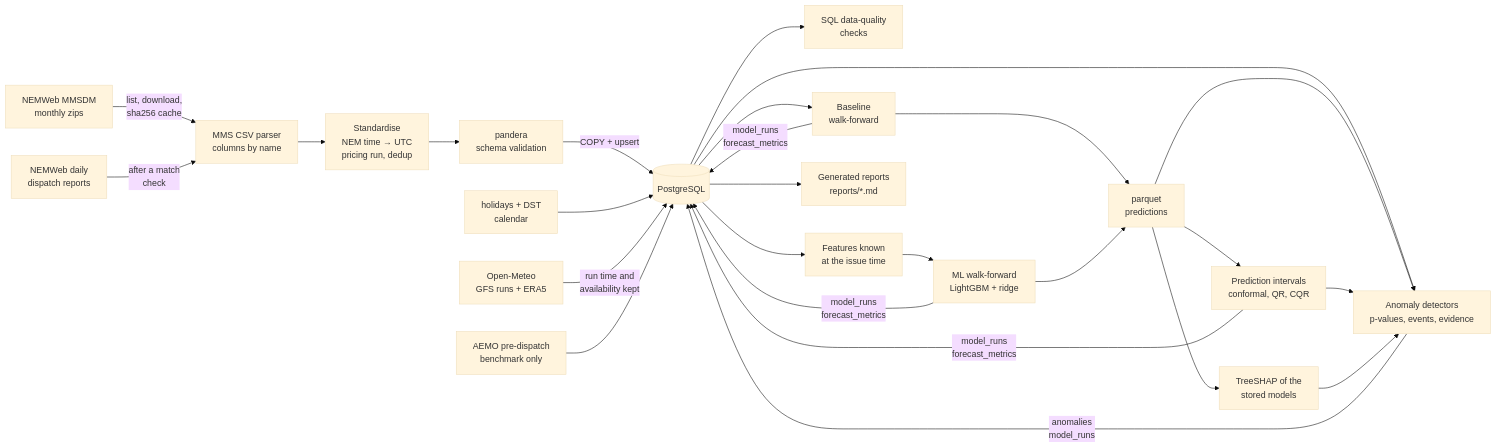
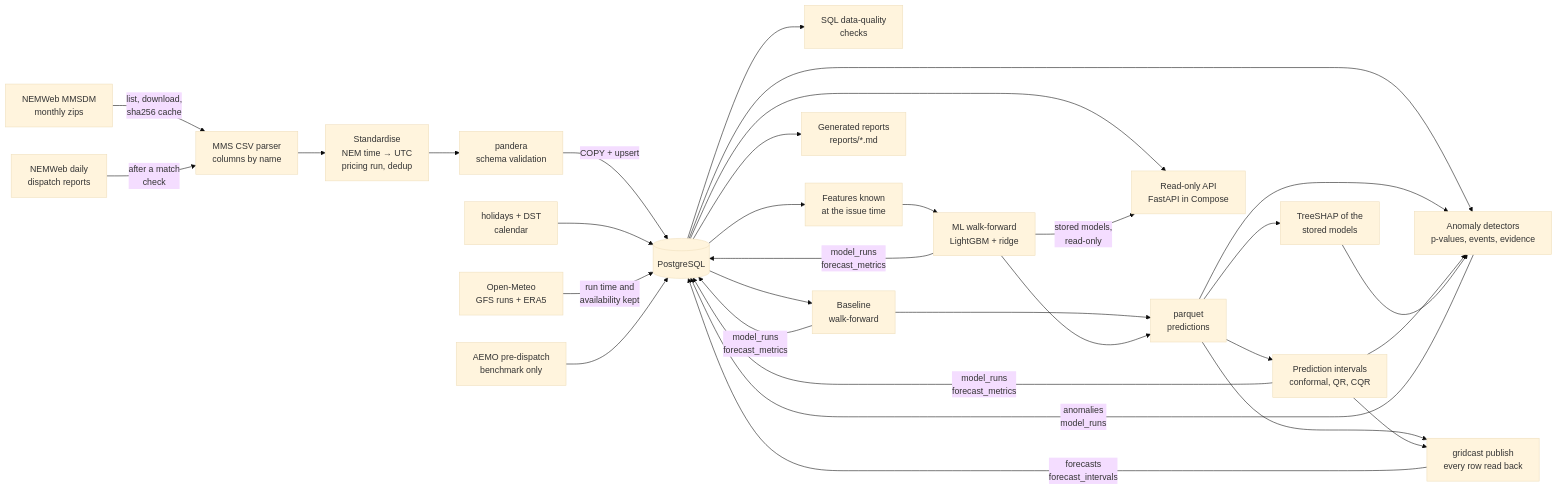
The diagram in README.md (knam2609/gridcast-au), drawn with Mermaid (base theme) before and after one commit. The commit also changed other lines of this file, not shown here.

First line of the commit message:
M5 step 6: README for milestone 5 (the API: what is served, P1-P6, latency, failure cases)

````diff
--- a/README.md
+++ b/README.md
@@ -75,28 +77,33 @@
 ```mermaid
 flowchart LR
     A[NEMWeb MMSDM<br/>monthly zips] -->|list, download,<br/>sha256 cache| B[MMS CSV parser<br/>columns by name]
     N[NEMWeb daily<br/>dispatch reports] -->|after a match<br/>check| B
     B --> C[Standardise<br/>NEM time → UTC<br/>pricing run, dedup]
     C --> D[pandera<br/>schema validation]
     D -->|COPY + upsert| E[(PostgreSQL)]
     H[holidays + DST<br/>calendar] --> E
     W[Open-Meteo<br/>GFS runs + ERA5] -->|run time and<br/>availability kept| E
     P[AEMO pre-dispatch<br/>benchmark only] --> E
     E --> F[SQL data-quality<br/>checks]
     E --> G[Baseline<br/>walk-forward]
     E --> X[Features known<br/>at the issue time]
     X --> L[ML walk-forward<br/>LightGBM + ridge]
     G -->|model_runs<br/>forecast_metrics| E
     L -->|model_runs<br/>forecast_metrics| E
     G --> Q[parquet<br/>predictions]
     L --> Q
     Q --> I[Prediction intervals<br/>conformal, QR, CQR]
     I -->|model_runs<br/>forecast_metrics| E
     E --> AN[Anomaly detectors<br/>p-values, events, evidence]
     Q --> AN
     I --> AN
     AN -->|anomalies<br/>model_runs| E
     Q --> SH[TreeSHAP of the<br/>stored models]
     SH --> AN
     E --> R[Generated reports<br/>reports/*.md]
+    Q --> PB[gridcast publish<br/>every row read back]
+    I --> PB
+    PB -->|forecasts<br/>forecast_intervals| E
+    E --> API[Read-only API<br/>FastAPI in Compose]
+    L -->|stored models,<br/>read-only| API
 ```
````
